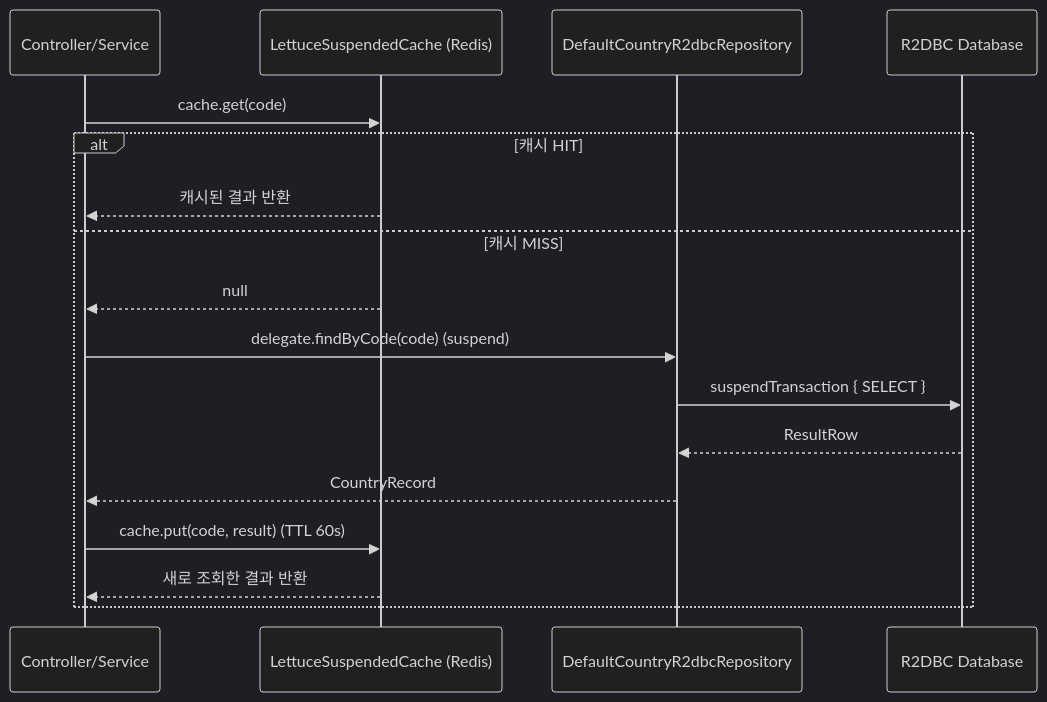
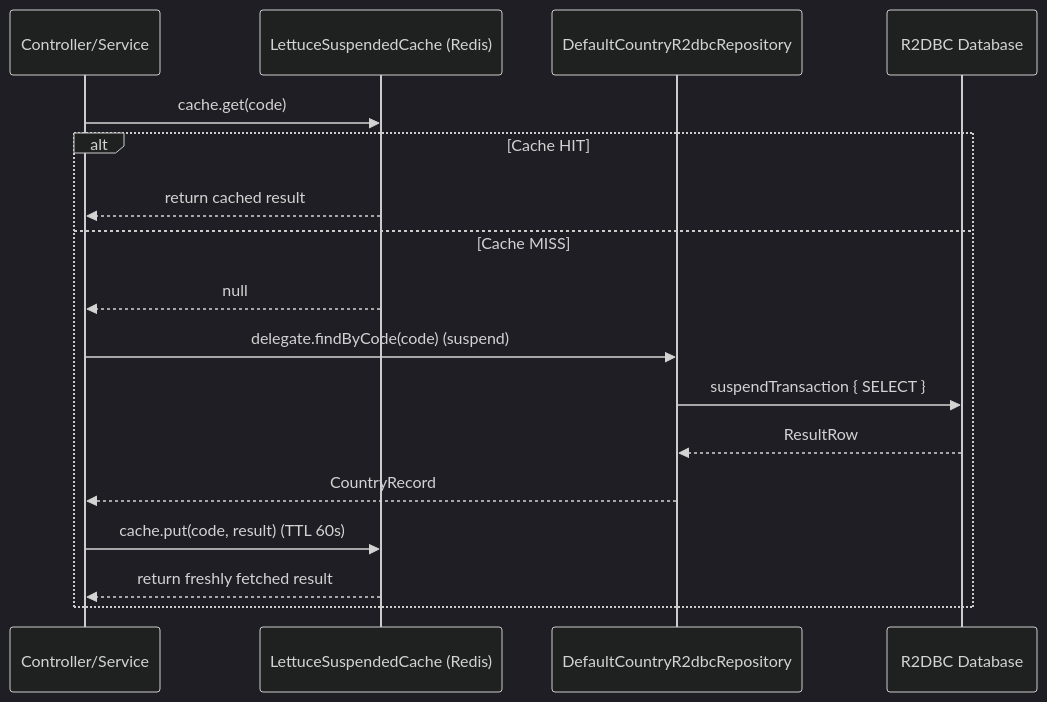
One commit to bluetape4k/exposed-r2dbc-workshop changed the first of 3 diagrams in 09-spring/07-spring-suspended-cache/README.md. Above: the diagram before and after it, drawn with Mermaid (dark theme). The commit also changed other lines of this file and 63 other files, not shown here.

First line of the commit message:
docs: 전 모듈 README Mermaid UML 추가 및 영/한 이중화

````diff
--- a/09-spring/07-spring-suspended-cache/README.md
+++ b/09-spring/07-spring-suspended-cache/README.md
@@ -26,20 +27,20 @@
 ```mermaid
 sequenceDiagram
     participant C as Controller/Service
     participant Cache as LettuceSuspendedCache (Redis)
     participant Repo as DefaultCountryR2dbcRepository
     participant DB as R2DBC Database
 
     C ->> Cache: cache.get(code)
-    alt 캐시 HIT
-        Cache -->> C: 캐시된 결과 반환
-    else 캐시 MISS
+    alt Cache HIT
+        Cache -->> C: return cached result
+    else Cache MISS
         Cache -->> C: null
         C ->> Repo: delegate.findByCode(code) (suspend)
         Repo ->> DB: suspendTransaction { SELECT }
         DB -->> Repo: ResultRow
         Repo -->> C: CountryRecord
         C ->> Cache: cache.put(code, result) (TTL 60s)
-        Cache -->> C: 새로 조회한 결과 반환
+        Cache -->> C: return freshly fetched result
     end
 ```
````
